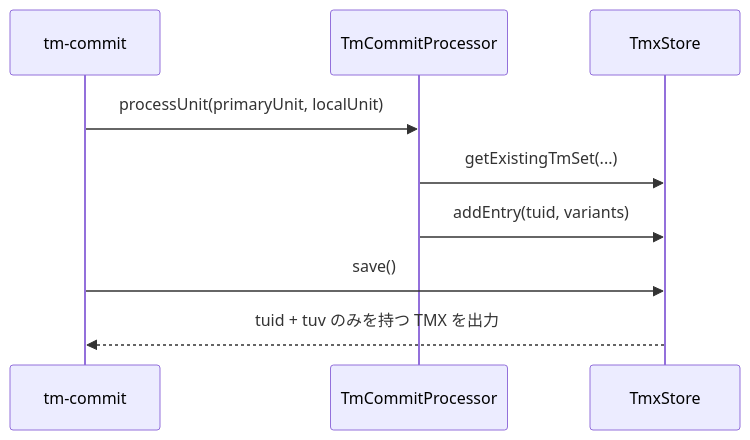
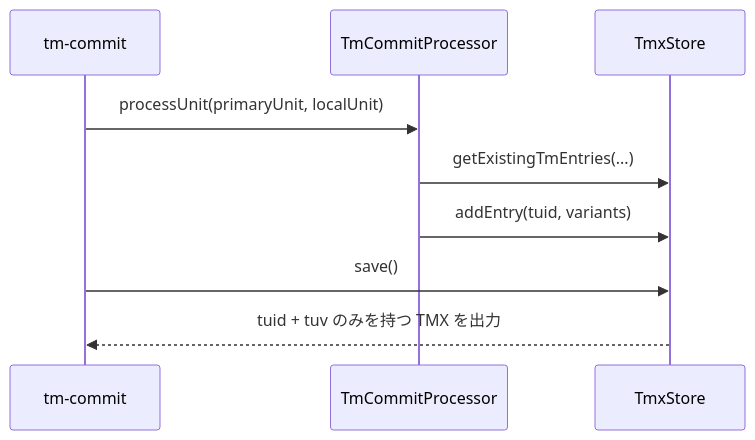
The diagram in tasks/done/260315_TMX補助prop廃止.md (mochimochiki/mdait), drawn with Mermaid before and after one commit. The commit also changed 21 other files, not shown here.

````diff
--- a/tasks/done/260315_TMX補助prop廃止.md
+++ b/tasks/done/260315_TMX補助prop廃止.md
@@ -17,12 +17,12 @@
 ```mermaid
 sequenceDiagram
     participant Cmd as tm-commit
     participant Proc as TmCommitProcessor
     participant Store as TmxStore
 
     Cmd->>Proc: processUnit(primaryUnit, localUnit)
-    Proc->>Store: getExistingTmSet(...)
+    Proc->>Store: getExistingTmEntries(...)
     Proc->>Store: addEntry(tuid, variants)
     Cmd->>Store: save()
     Store-->>Cmd: tuid + tuv のみを持つ TMX を出力
 ```
````
